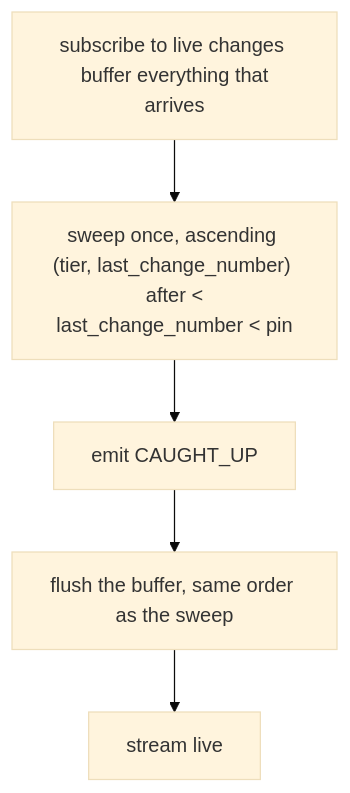
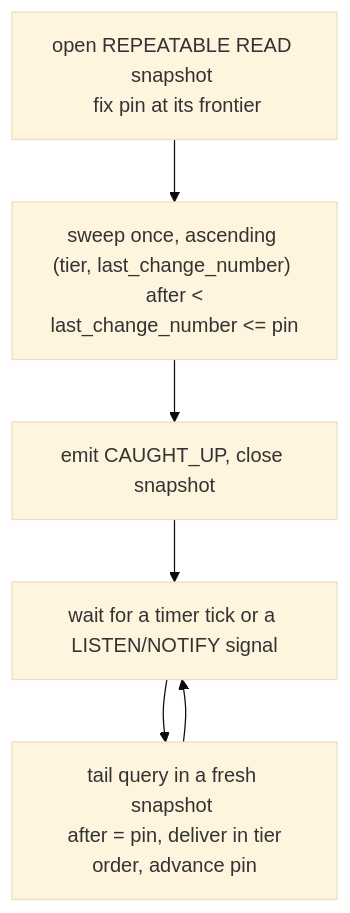
Before and after one commit to DKE-Data/masterdata-sync-working-group: the diagram in architecture/07-sync-streaming.md, drawn with Mermaid (base theme). The commit also changed other lines of this file, not shown here.

````diff
--- a/architecture/07-sync-streaming.md
+++ b/architecture/07-sync-streaming.md
@@ -178,12 +197,13 @@
 ```mermaid
 flowchart TB
-    SUB["subscribe to live changes \n buffer everything that arrives"]
-    SWEEP["sweep once, ascending (tier, last_change_number) \n after &lt; last_change_number &lt; pin"]
-    MARK["emit CAUGHT_UP"]
-    FLUSH["flush the buffer, same order as the sweep"]
-    LIVE["stream live"]
-    SUB --> SWEEP
+    OPEN["open REPEATABLE READ snapshot \n fix pin at its frontier"]
+    SWEEP["sweep once, ascending (tier, last_change_number) \n after &lt; last_change_number &lt;= pin"]
+    MARK["emit CAUGHT_UP, close snapshot"]
+    WAIT["wait for a timer tick or a LISTEN/NOTIFY signal"]
+    TAIL["tail query in a fresh snapshot \n after = pin, deliver in tier order, advance pin"]
+    OPEN --> SWEEP
     SWEEP --> MARK
-    MARK --> FLUSH
-    FLUSH --> LIVE
+    MARK --> WAIT
+    WAIT --> TAIL
+    TAIL --> WAIT
 ```
````
